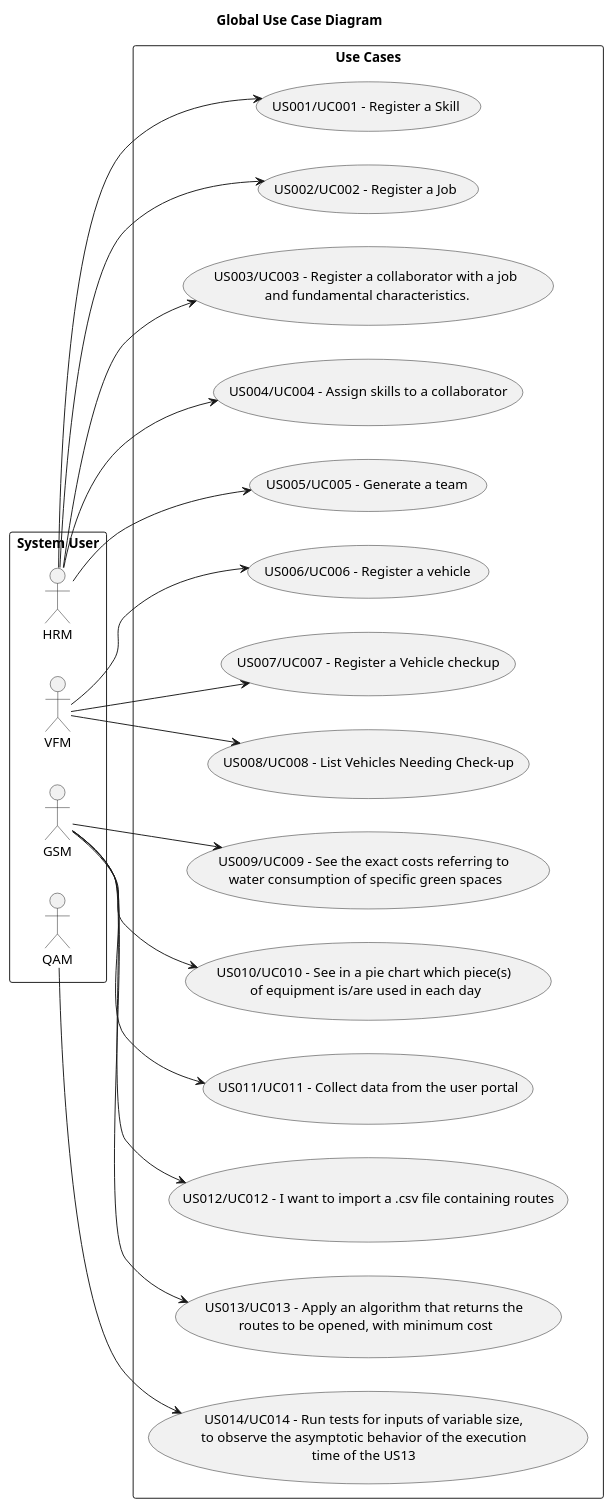
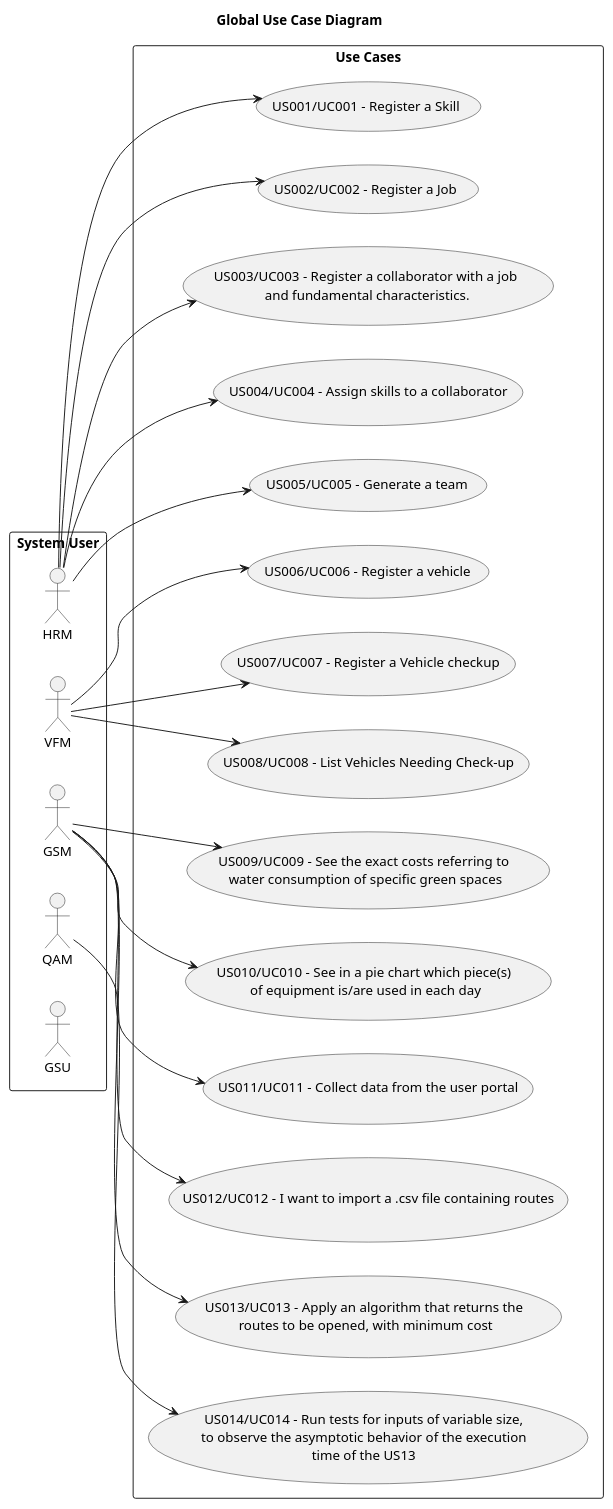
Before and after one commit to ricardomm7/leaflink: the diagram in docs/sprintB/global-artifacts/01.requirements-engineering/puml/use-case-diagram.puml, drawn with PlantUML. The commit also changed 5 other files, not shown here.

```diff
--- a/docs/sprintB/global-artifacts/01.requirements-engineering/puml/use-case-diagram.puml
+++ b/docs/sprintB/global-artifacts/01.requirements-engineering/puml/use-case-diagram.puml
@@ -1,82 +1,83 @@
 @startuml
 skinparam monochrome true
 skinparam packageStyle rectangle
 skinparam shadowing false
 
 title Global Use Case Diagram
 
 left to right direction
 
 rectangle "System User" as actors {
     actor HRM
     actor VFM
     actor GSM
     actor QAM
+    actor GSU
 }
 
 rectangle "Use Cases" as usecases{
     usecase "US001/UC001 - Register a Skill" as UC001
     HRM --> UC001
 }
 
 rectangle "Use Cases" as usecases{
     usecase "US002/UC002 - Register a Job" as UC002
     HRM --> UC002
 }
 
 rectangle "Use Cases" as usecases{
     usecase "US003/UC003 - Register a collaborator with a job\n and fundamental characteristics." as UC003
     HRM --> UC003
 }
 
 rectangle "Use Cases" as usecases{
     usecase "US004/UC004 - Assign skills to a collaborator" as UC004
     HRM --> UC004
 }
 
 rectangle "Use Cases" as usecases{
     usecase "US005/UC005 - Generate a team" as UC005
     HRM --> UC005
 }
 
 rectangle "Use Cases" as usecases{
     usecase "US006/UC006 - Register a vehicle" as UC006
     VFM --> UC006
 }
 
 rectangle "Use Cases" as usecases{
     usecase "US007/UC007 - Register a Vehicle checkup" as UC007
     VFM --> UC007
 }
 
 rectangle "Use Cases" as usecases{
     usecase "US008/UC008 - List Vehicles Needing Check-up" as UC008
     VFM --> UC008
 }
 
 rectangle "Use Cases" as usecases{
     usecase "US009/UC009 - See the exact costs referring to \nwater consumption of specific green spaces" as UC009
     GSM --> UC009
 }
 
 rectangle "Use Cases" as usecases{
     usecase "US010/UC010 - See in a pie chart which piece(s) \nof equipment is/are used in each day" as UC010
     GSM --> UC010
 }
 rectangle "Use Cases" as usecases{
     usecase "US011/UC011 - Collect data from the user portal" as UC011
     GSM --> UC011
 }
 rectangle "Use Cases" as usecases{
     usecase "US012/UC012 - I want to import a .csv file containing routes" as UC012
     GSM --> UC012
 }
 rectangle "Use Cases" as usecases{
     usecase "US013/UC013 - Apply an algorithm that returns the \nroutes to be opened, with minimum cost" as UC013
     GSM --> UC013
 }
 rectangle "Use Cases" as usecases{
     usecase "US014/UC014 - Run tests for inputs of variable size,\nto observe the asymptotic behavior of the execution\ntime of the US13" as UC014
     QAM --> UC014
 }
 @enduml
```
